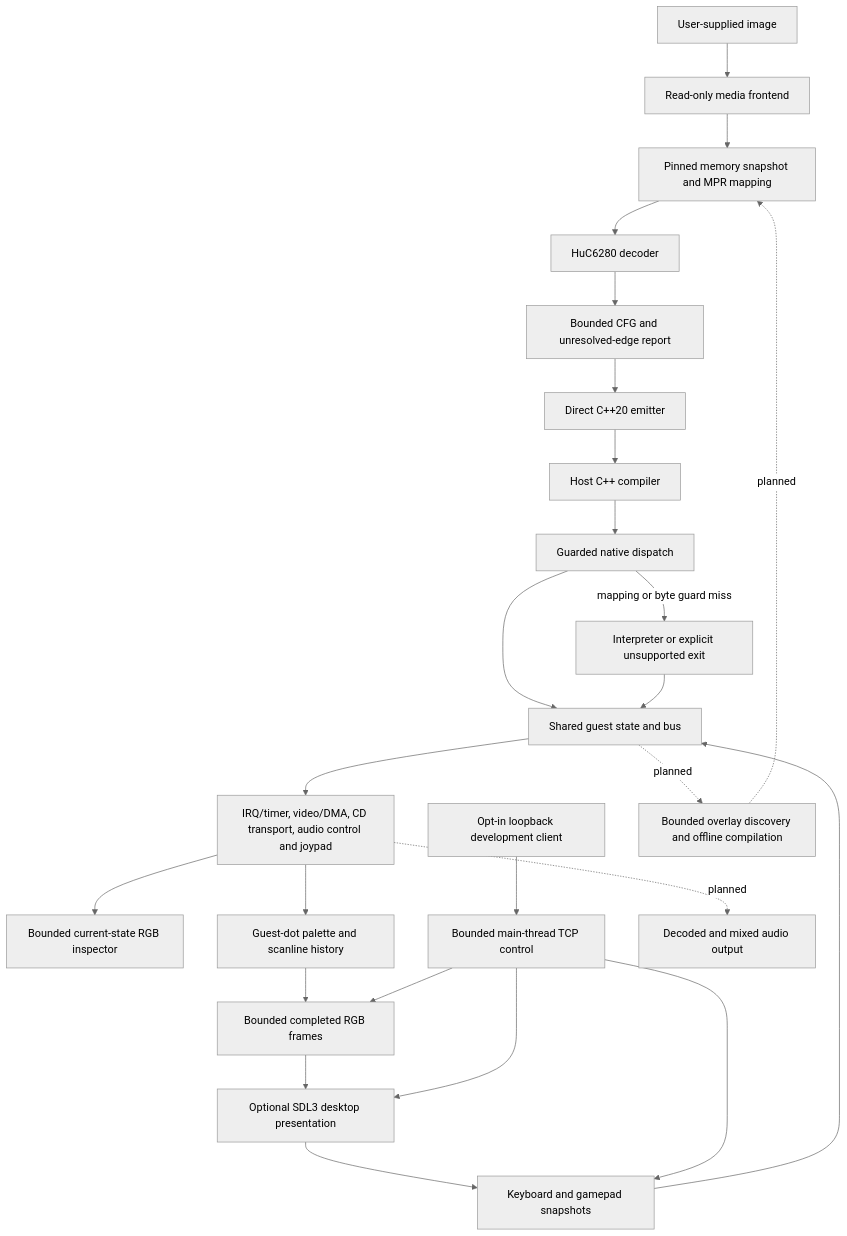
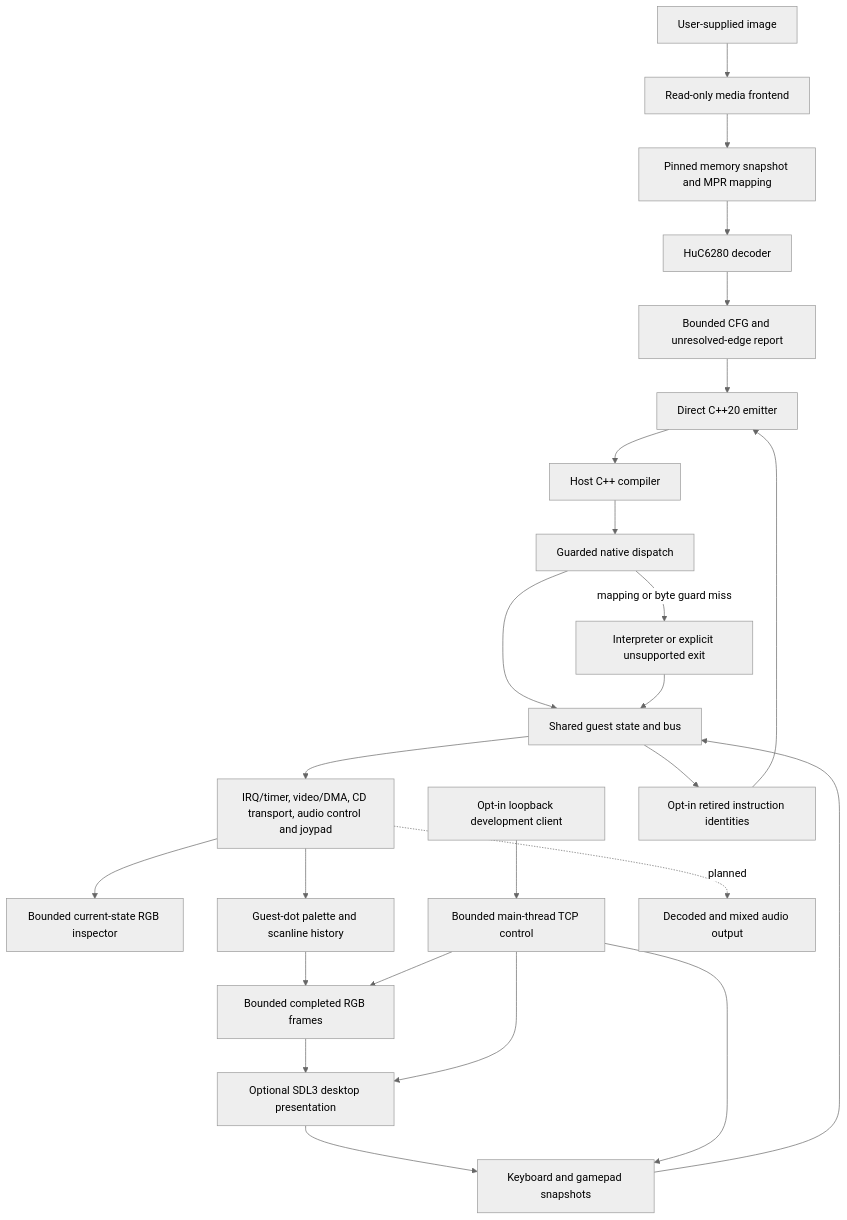
The diagram in docs/ARCHITECTURE.md (rages4calm/pcenginerecomp), drawn with Mermaid (neutral theme) before and after one commit. The commit also changed other lines of this file and 5 other files, not shown here.

````diff
--- a/docs/ARCHITECTURE.md
+++ b/docs/ARCHITECTURE.md
@@ -11,27 +11,27 @@
 ```mermaid
 flowchart TD
   Image[User-supplied image] --> Media[Read-only media frontend]
   Media --> Snapshot[Pinned memory snapshot and MPR mapping]
   Snapshot --> Decode[HuC6280 decoder]
   Decode --> CFG[Bounded CFG and unresolved-edge report]
   CFG --> Emit[Direct C++20 emitter]
   Emit --> Compiler[Host C++ compiler]
   Compiler --> Native[Guarded native dispatch]
   Native --> Bus[Shared guest state and bus]
   Native -->|mapping or byte guard miss| Fallback[Interpreter or explicit unsupported exit]
   Fallback --> Bus
   Bus --> Profiles[IRQ/timer, video/DMA, CD transport, audio control and joypad]
   Profiles --> Inspect[Bounded current-state RGB inspector]
   Profiles --> Video[Guest-dot palette and scanline history]
   Video --> Frames[Bounded completed RGB frames]
   Frames --> Host[Optional SDL3 desktop presentation]
   Host --> Input[Keyboard and gamepad snapshots]
   Input --> Bus
   Dev[Opt-in loopback development client] --> Control[Bounded main-thread TCP control]
   Control --> Input
   Control --> Frames
   Control --> Host
   Profiles -. planned .-> Audio[Decoded and mixed audio output]
-  Bus -. planned .-> Capture[Bounded overlay discovery and offline compilation]
-  Capture -. planned .-> Snapshot
+  Bus --> Capture[Opt-in retired instruction identities]
+  Capture --> Emit
 ```
````
